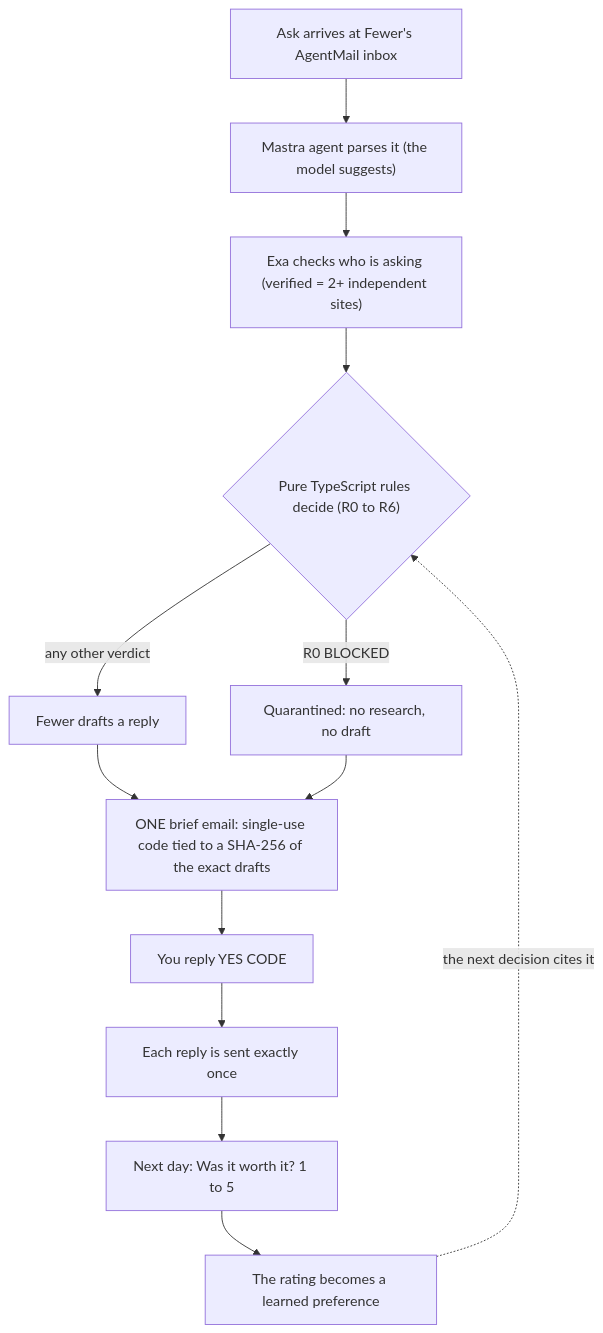
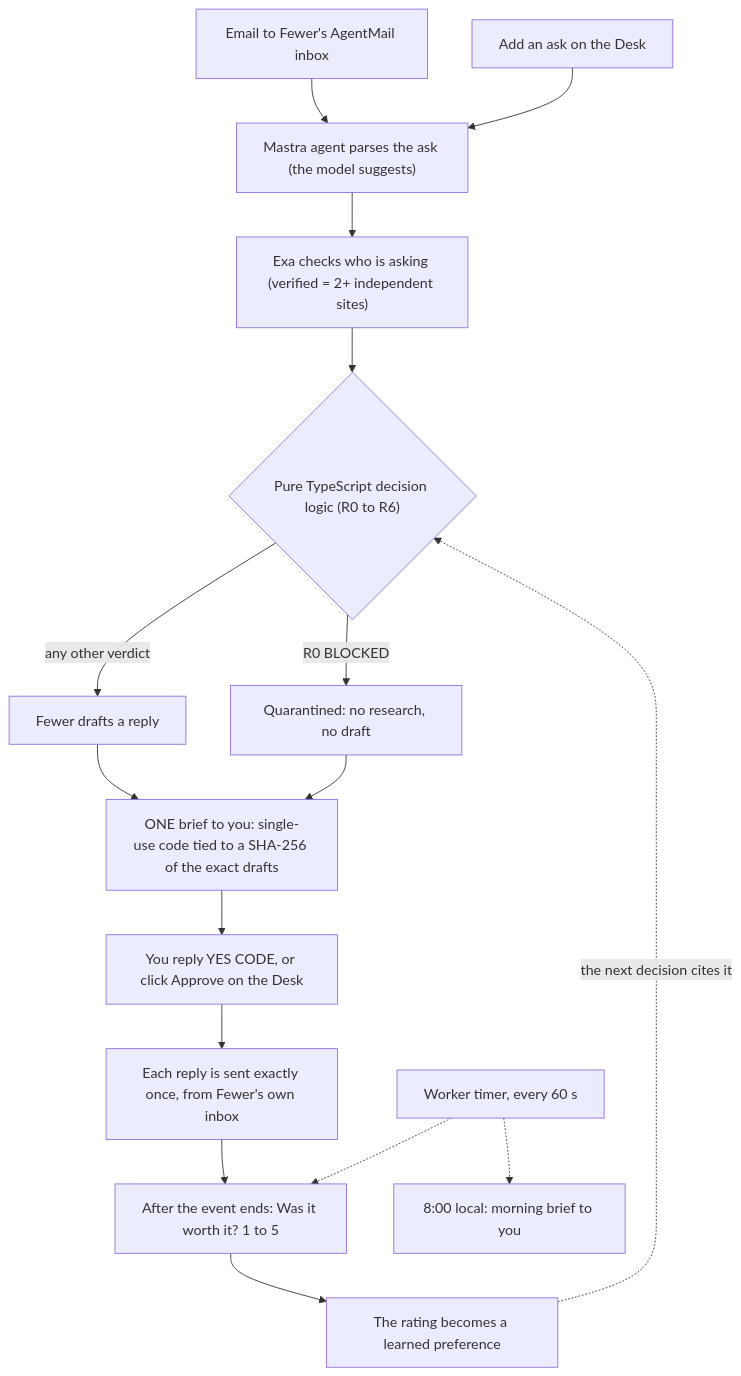
The diagram in README.md (Rahul-Innv/Fewer), drawn with Mermaid before and after one commit. The commit also changed other lines of this file and 24 other files, not shown here.

````diff
--- a/README.md
+++ b/README.md
@@ -15,15 +33,18 @@
 ```mermaid
 flowchart TD
-  A["Ask arrives at Fewer's AgentMail inbox"] --> B["Mastra agent parses it (the model suggests)"]
-  B --> C["Exa checks who is asking (verified = 2+ independent sites)"]
-  C --> D{"Pure TypeScript rules decide (R0 to R6)"}
+  A1["Email to Fewer's AgentMail inbox"] --> B
+  A2["Add an ask on the Desk"] --> B
+  B["Mastra agent parses the ask (the model suggests)"] --> C["Exa checks who is asking (verified = 2+ independent sites)"]
+  C --> D{"Pure TypeScript decision logic (R0 to R6)"}
   D -->|"R0 BLOCKED"| Q["Quarantined: no research, no draft"]
   D -->|"any other verdict"| E["Fewer drafts a reply"]
-  E --> F["ONE brief email: single-use code tied to a SHA-256 of the exact drafts"]
+  E --> F["ONE brief to you: single-use code tied to a SHA-256 of the exact drafts"]
   Q --> F
-  F --> G["You reply YES CODE"]
-  G --> H["Each reply is sent exactly once"]
-  H --> I["Next day: Was it worth it? 1 to 5"]
+  F --> G["You reply YES CODE, or click Approve on the Desk"]
+  G --> H["Each reply is sent exactly once, from Fewer's own inbox"]
+  H --> I["After the event ends: Was it worth it? 1 to 5"]
   I --> J["The rating becomes a learned preference"]
   J -.->|"the next decision cites it"| D
+  W["Worker timer, every 60 s"] -.-> I
+  W -.-> M["8:00 local: morning brief to you"]
 ```
````
